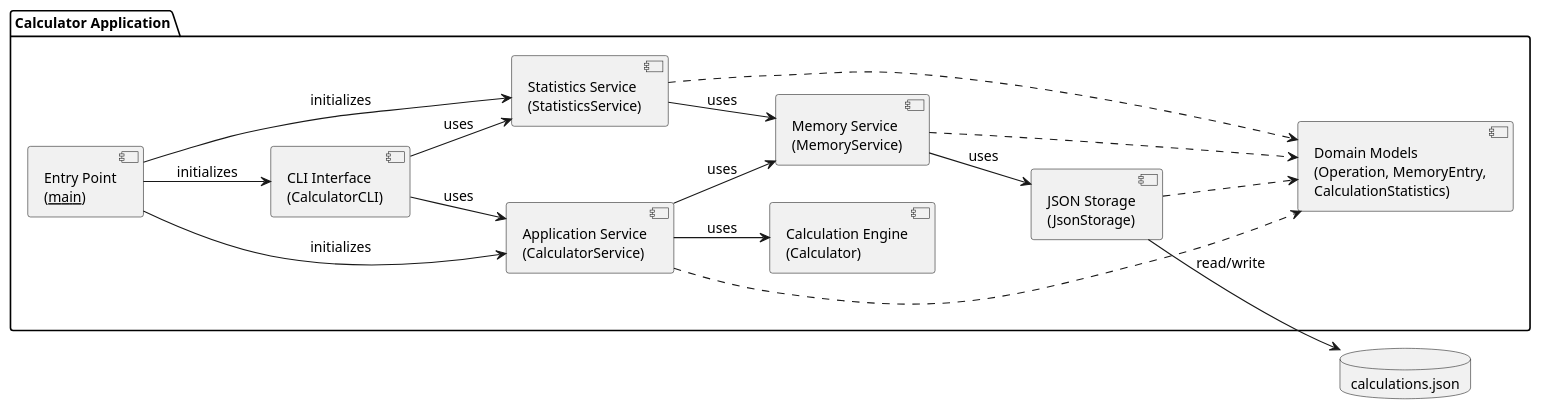
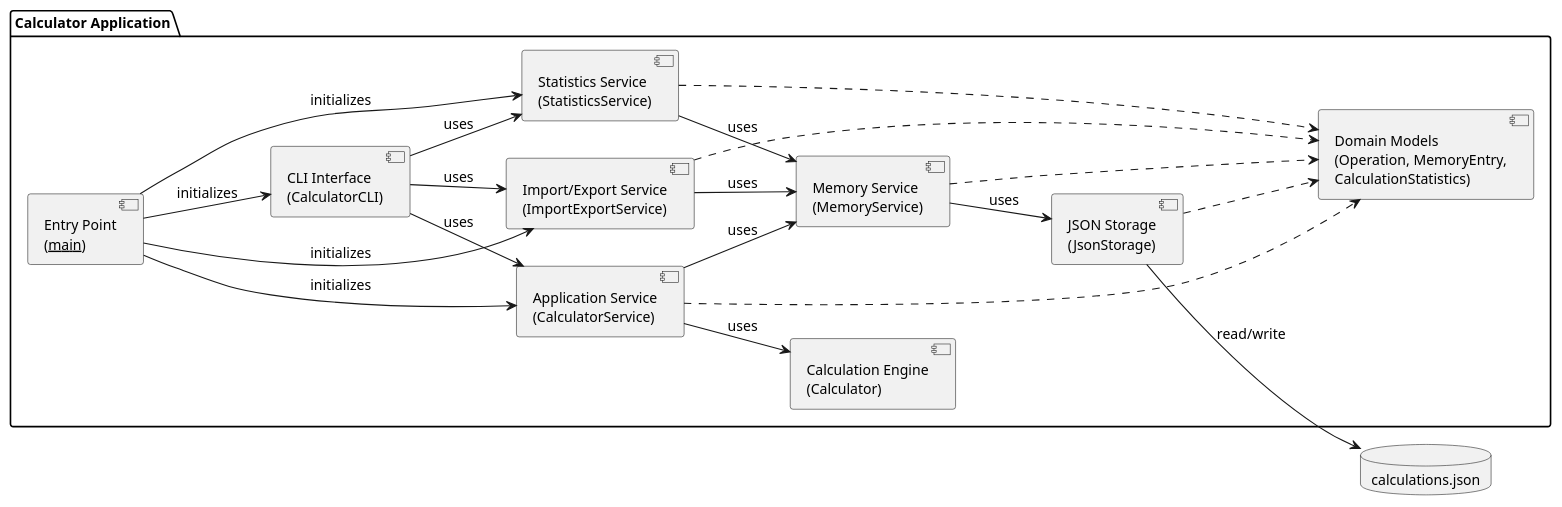
One commit to DanielRiha8906/Software_autoevolution_using_agents changed the diagram in experiments/pipeline/user_stories/calculator/artifacts/component_diagram.puml. Above: the diagram before and after it, drawn with PlantUML. The commit also changed 14 other files, not shown here.

```diff
--- a/experiments/pipeline/user_stories/calculator/artifacts/component_diagram.puml
+++ b/experiments/pipeline/user_stories/calculator/artifacts/component_diagram.puml
@@ -1,39 +1,44 @@
 @startuml component_diagram
 
 skinparam componentStyle uml2
 skinparam defaultFontSize 13
 left to right direction
 
 package "Calculator Application" {
 
     component "Entry Point\n(__main__)" as Main
     component "CLI Interface\n(CalculatorCLI)" as CLI
     component "Application Service\n(CalculatorService)" as Service
     component "Statistics Service\n(StatisticsService)" as Statistics
+    component "Import/Export Service\n(ImportExportService)" as ImportExport
     component "Calculation Engine\n(Calculator)" as Calc
     component "Memory Service\n(MemoryService)" as Memory
     component "JSON Storage\n(JsonStorage)" as Store
     component "Domain Models\n(Operation, MemoryEntry,\nCalculationStatistics)" as Models
 
     Main --> CLI : initializes
     Main --> Service : initializes
     Main --> Statistics : initializes
+    Main --> ImportExport : initializes
 
     CLI --> Service : uses
     CLI --> Statistics : uses
+    CLI --> ImportExport : uses
     Service --> Calc : uses
     Service --> Memory : uses
     Statistics --> Memory : uses
+    ImportExport --> Memory : uses
     Memory --> Store : uses
 
     Service ..> Models
     Statistics ..> Models
+    ImportExport ..> Models
     Memory ..> Models
     Store ..> Models
 }
 
 database "calculations.json" as DB
 
 Store --> DB : read/write
 
 @enduml
```
